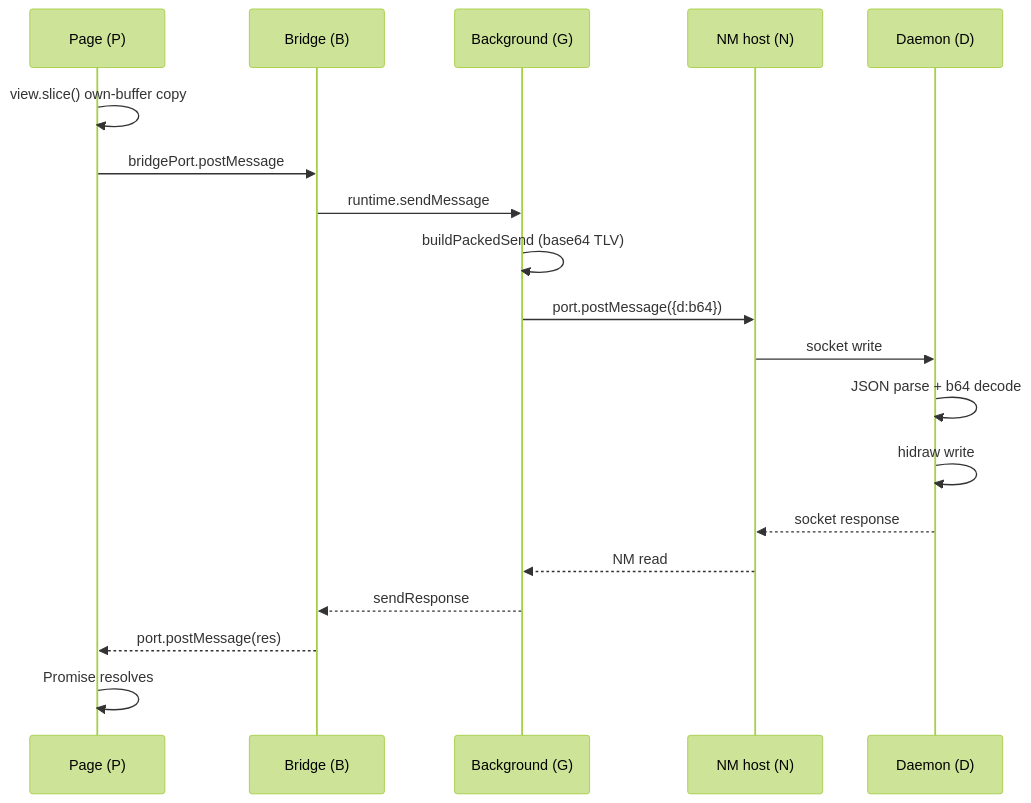
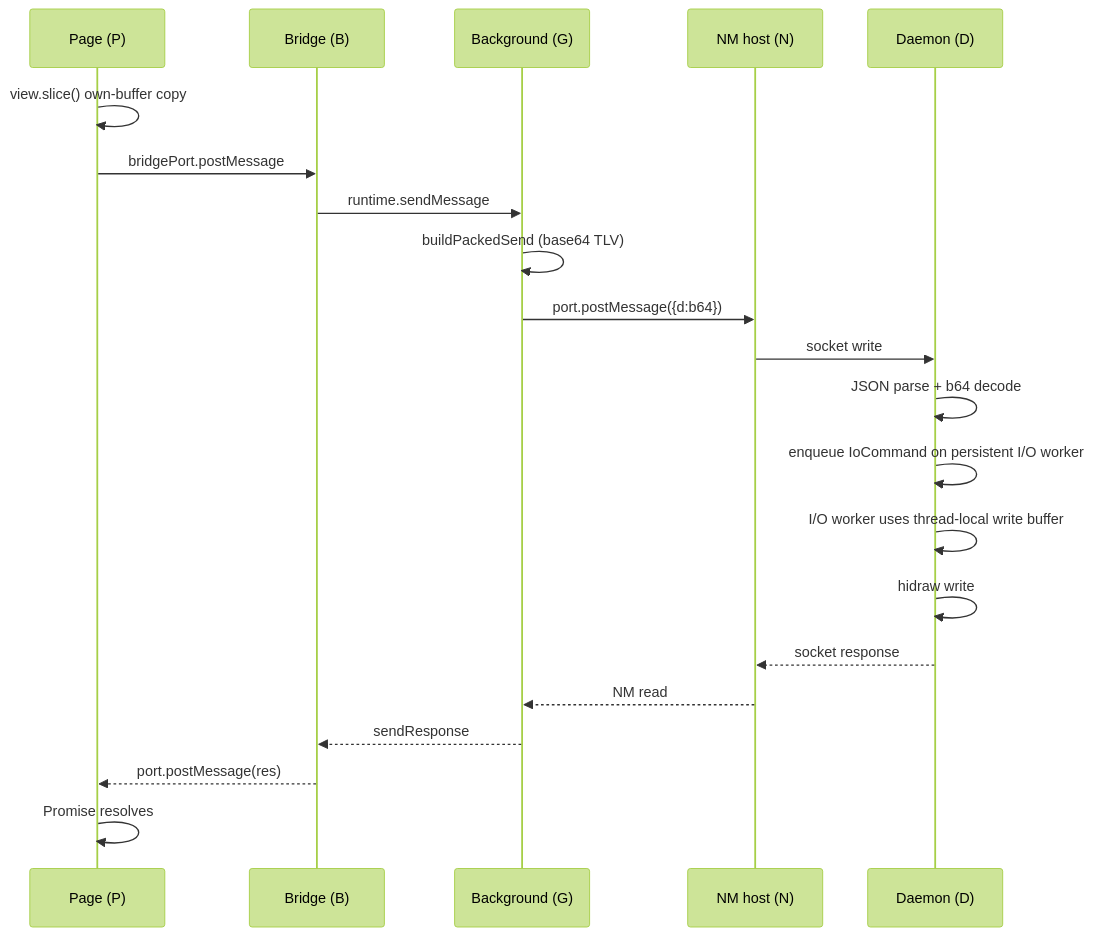
The second of 16 diagrams in docs/DATA_PATH.md (K4zoku/FF-WebHID), drawn with Mermaid (forest theme) before and after one commit. The commit also changed other lines of this file and 4 other files, not shown here.

````diff
--- a/docs/DATA_PATH.md
+++ b/docs/DATA_PATH.md
@@ -375,22 +379,24 @@
 ```mermaid
 sequenceDiagram
     participant P as Page (P)
     participant B as Bridge (B)
     participant G as Background (G)
     participant N as NM host (N)
     participant D as Daemon (D)
 
     P->>P: view.slice() own-buffer copy
     P->>B: bridgePort.postMessage
     B->>G: runtime.sendMessage
     G->>G: buildPackedSend (base64 TLV)
     G->>N: port.postMessage({d:b64})
     N->>D: socket write
     D->>D: JSON parse + b64 decode
+    D->>D: enqueue IoCommand on persistent I/O worker
+    D->>D: I/O worker uses thread-local write buffer
     D->>D: hidraw write
     D-->>N: socket response
     N-->>G: NM read
     G-->>B: sendResponse
     B-->>P: port.postMessage(res)
     P->>P: Promise resolves
 ```
````
